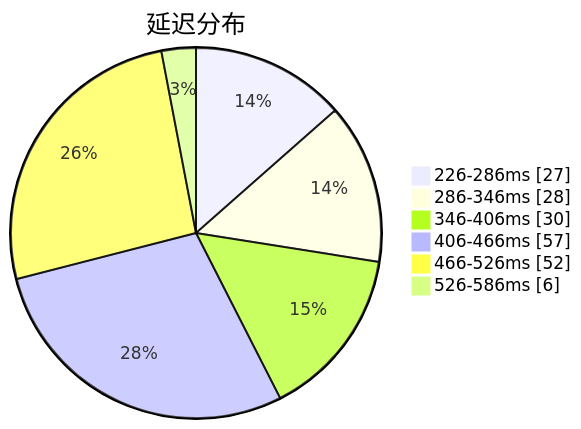
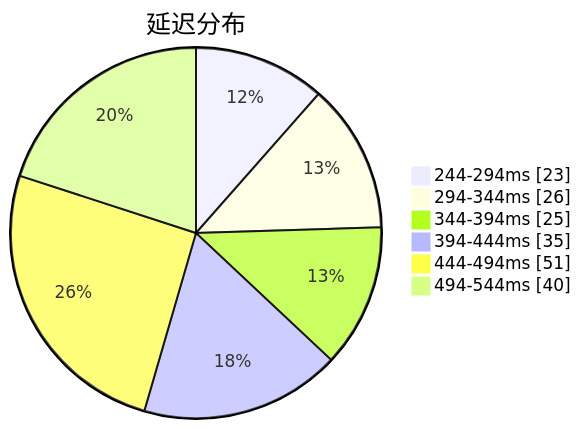
Before and after one commit to qjlxg/airport: the first of 3 diagrams in subs/statistics/tested_within.md, drawn with Mermaid. The commit also changed other lines of this file and 2 other files, not shown here.

````diff
--- a/subs/statistics/tested_within.md
+++ b/subs/statistics/tested_within.md
@@ -2,10 +2,10 @@
 ```mermaid
 pie showData
 title 延迟分布
-"226-286ms" : 27
-"286-346ms" : 28
-"346-406ms" : 30
-"406-466ms" : 57
-"466-526ms" : 52
-"526-586ms" : 6
+"244-294ms" : 23
+"294-344ms" : 26
+"344-394ms" : 25
+"394-444ms" : 35
+"444-494ms" : 51
+"494-544ms" : 40
 ```
````
